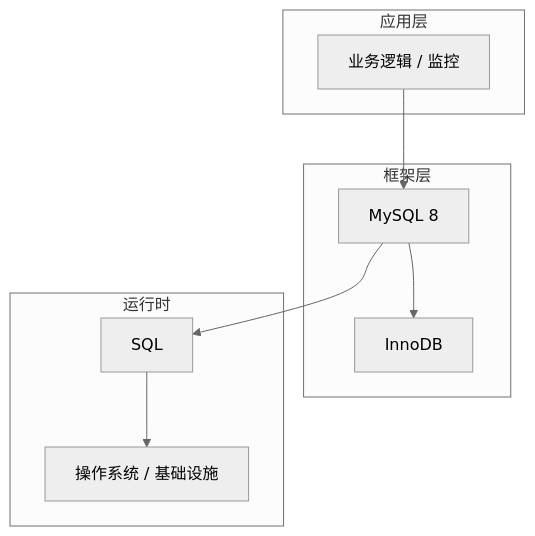
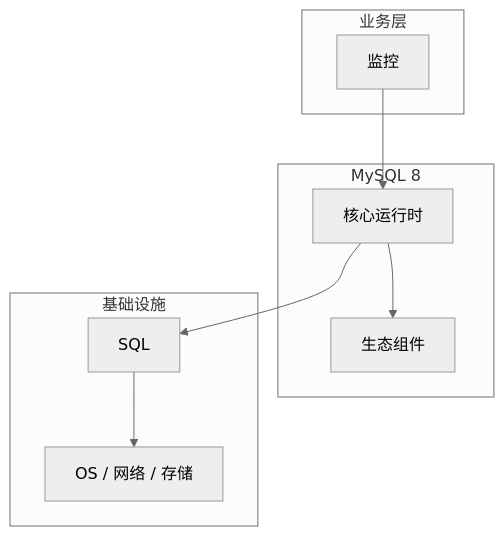
The diagram in articles/MySQL/chapters/171-监控核心概念与原理.md (yanggan2015/knowledge-json-v2), drawn with Mermaid (neutral theme) before and after one commit. The commit also changed other lines of this file and 10127 other files, not shown here.

````diff
--- a/articles/MySQL/chapters/171-监控核心概念与原理.md
+++ b/articles/MySQL/chapters/171-监控核心概念与原理.md
@@ -45,18 +34,18 @@
 ```mermaid
 graph TB
-    subgraph 应用层
-        A[业务逻辑 / 监控]
+    subgraph 业务层
+        A[监控]
     end
-    subgraph 框架层
-        B[MySQL 8]
-        C[InnoDB]
+    subgraph MySQL 8
+        B[核心运行时]
+        C[生态组件]
     end
-    subgraph 运行时
+    subgraph 基础设施
         D[SQL]
-        E[操作系统 / 基础设施]
+        E[OS / 网络 / 存储]
     end
     A --> B
     B --> C
     B --> D
     D --> E
 ```
````
